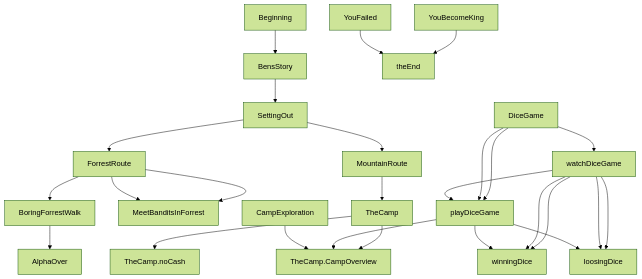
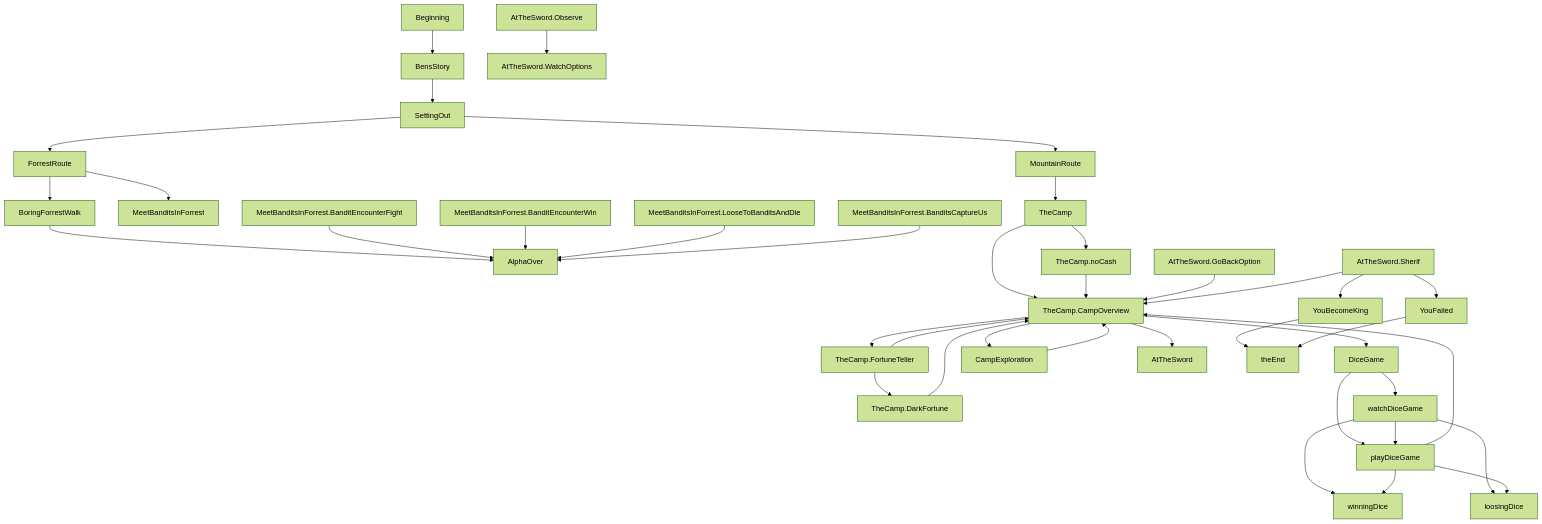
The diagram in story/overview.mmd (HoverBaum/the-sword), drawn with Mermaid (forest theme) before and after one commit. The commit also changed 6 other files, not shown here.

```diff
--- a/story/overview.mmd
+++ b/story/overview.mmd
@@ -1,1 +1,1 @@
-graph TD;Beginning-->BensStory;BensStory-->SettingOut;SettingOut-->ForrestRoute;SettingOut-->MountainRoute;ForrestRoute-->BoringForrestWalk;ForrestRoute-->MeetBanditsInForrest;ForrestRoute-->MeetBanditsInForrest;BoringForrestWalk-->AlphaOver;TheCamp-->TheCamp.CampOverview;TheCamp-->TheCamp.noCash;YouBecomeKing-->theEnd;YouFailed-->theEnd;DiceGame-->watchDiceGame;DiceGame-->playDiceGame;DiceGame-->playDiceGame;watchDiceGame-->winningDice;watchDiceGame-->loosingDice;watchDiceGame-->loosingDice;watchDiceGame-->winningDice;watchDiceGame-->playDiceGame;playDiceGame-->loosingDice;playDiceGame-->winningDice;playDiceGame-->TheCamp.CampOverview;CampExploration-->TheCamp.CampOverview;MountainRoute-->TheCamp;
+graph TD;Beginning-->BensStory;BensStory-->SettingOut;SettingOut-->ForrestRoute;SettingOut-->MountainRoute;ForrestRoute-->BoringForrestWalk;ForrestRoute-->MeetBanditsInForrest;BoringForrestWalk-->AlphaOver;MeetBanditsInForrest.BanditEncounterFight-->AlphaOver;MeetBanditsInForrest.BanditEncounterWin-->AlphaOver;MeetBanditsInForrest.LooseToBanditsAndDie-->AlphaOver;MeetBanditsInForrest.BanditsCaptureUs-->AlphaOver;TheCamp-->TheCamp.CampOverview;TheCamp-->TheCamp.noCash;TheCamp.noCash-->TheCamp.CampOverview;TheCamp.CampOverview-->TheCamp.FortuneTeller;TheCamp.CampOverview-->DiceGame;TheCamp.CampOverview-->CampExploration;TheCamp.CampOverview-->AtTheSword;TheCamp.FortuneTeller-->TheCamp.CampOverview;TheCamp.FortuneTeller-->TheCamp.DarkFortune;TheCamp.DarkFortune-->TheCamp.CampOverview;AtTheSword.GoBackOption-->TheCamp.CampOverview;AtTheSword.Observe-->AtTheSword.WatchOptions;AtTheSword.Sherif-->TheCamp.CampOverview;AtTheSword.Sherif-->YouBecomeKing;AtTheSword.Sherif-->YouFailed;YouBecomeKing-->theEnd;YouFailed-->theEnd;DiceGame-->watchDiceGame;DiceGame-->playDiceGame;watchDiceGame-->winningDice;watchDiceGame-->loosingDice;watchDiceGame-->playDiceGame;playDiceGame-->loosingDice;playDiceGame-->winningDice;playDiceGame-->TheCamp.CampOverview;CampExploration-->TheCamp.CampOverview;MountainRoute-->TheCamp;
```
